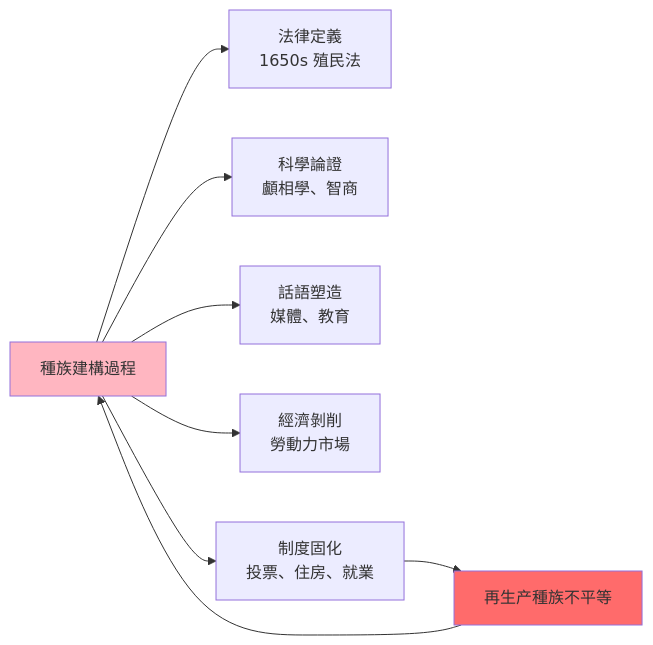
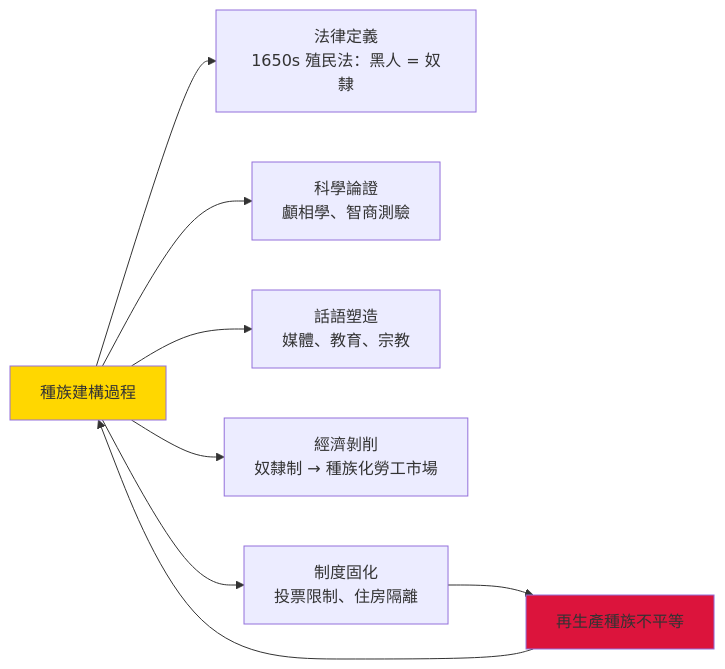
The first of 7 diagrams in 01_HKU_Courses/HIST2161_Making_Race.md (yip-lgtm/HKU-Harvard-History-Self-Study), drawn with Mermaid before and after one commit. The commit also changed other lines of this file and 8 other files, not shown here.

````diff
--- a/01_HKU_Courses/HIST2161_Making_Race.md
+++ b/01_HKU_Courses/HIST2161_Making_Race.md
@@ -84,12 +122,12 @@
 ```mermaid
 graph LR
-    A["種族建構過程"] --> B["法律定義<br/>1650s 殖民法"]
-    A --> C["科學論證<br/>顱相學、智商"]
-    A --> D["話語塑造<br/>媒體、教育"]
-    A --> E["經濟剝削<br/>勞動力市場"]
-    A --> F["制度固化<br/>投票、住房、就業"]
-    F --> G["再生产種族不平等"]
+    A["種族建構過程"] --> B["法律定義<br/>1650s 殖民法：黑人 = 奴隸"]
+    A --> C["科學論證<br/>顱相學、智商測驗"]
+    A --> D["話語塑造<br/>媒體、教育、宗教"]
+    A --> E["經濟剝削<br/>奴隸制 → 種族化勞工市場"]
+    A --> F["制度固化<br/>投票限制、住房隔離"]
+    F --> G["再生產種族不平等"]
     G --> A
-    style A fill:#FFB6C1
-    style G fill:#FF6B6B
+    style A fill:#FFD700
+    style G fill:#DC143C
 ```
````
